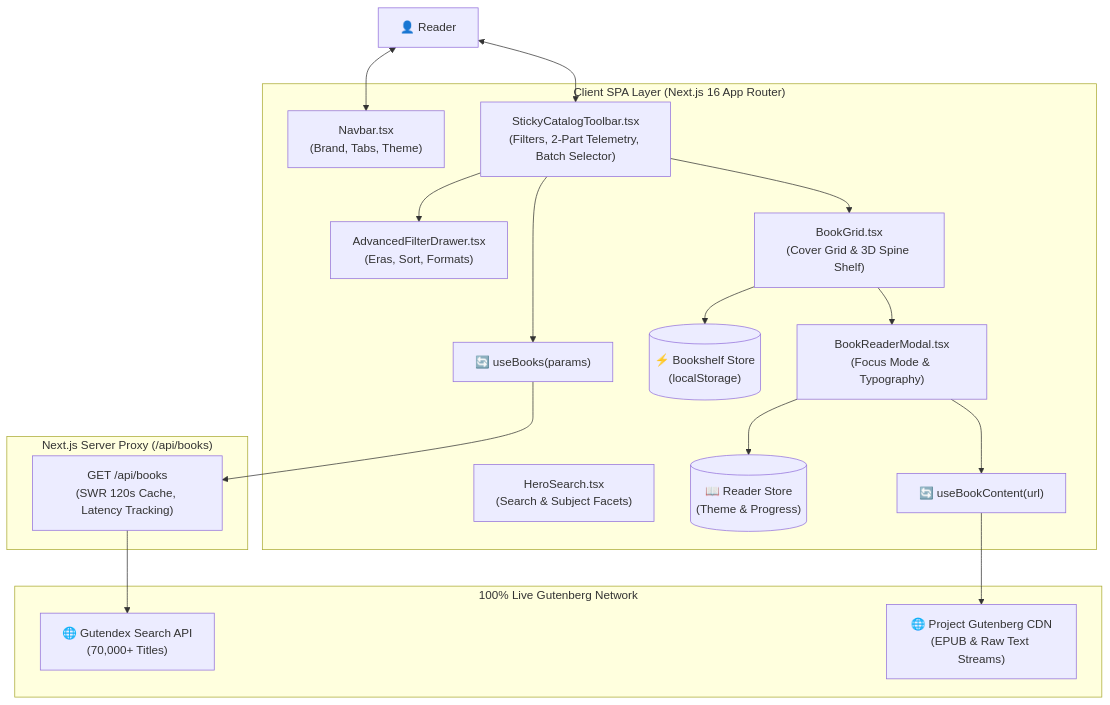
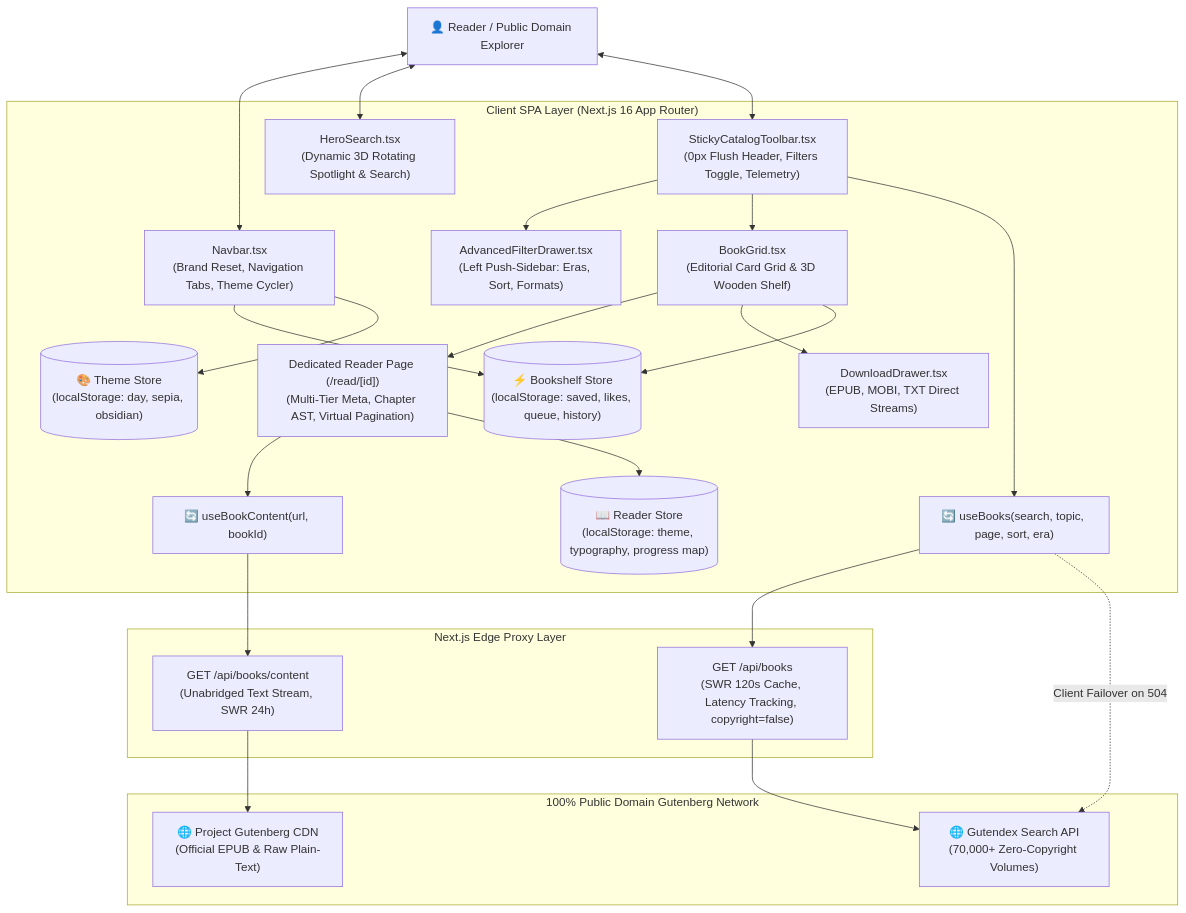
The diagram in ARCHITECTURE.md (calin-m/Bookarium), drawn with Mermaid before and after one commit. The commit also changed other lines of this file and 31 other files, not shown here.

First line of the commit message:
feat(catalog): dynamic featured spotlight, left push-sidebar, reader info switcher, and comprehensive architecture matrix

````diff
--- a/ARCHITECTURE.md
+++ b/ARCHITECTURE.md
@@ -13,55 +13,53 @@
 ```mermaid
 flowchart TD
-    User["👤 Reader"]
+    User["👤 Reader / Public Domain Explorer"]
     
-    subgraph Frontend ["Client SPA Layer (Next.js 16 App Router)"]
-        Nav["Navbar.tsx
-(Brand, Tabs, Theme)"]
-        Toolbar["StickyCatalogToolbar.tsx
-(Filters, 2-Part Telemetry, Batch Selector)"]
-        Hero["HeroSearch.tsx
-(Search & Subject Facets)"]
-        Drawer["AdvancedFilterDrawer.tsx
-(Eras, Sort, Formats)"]
-        Grid["BookGrid.tsx
-(Cover Grid & 3D Spine Shelf)"]
-        Reader["BookReaderModal.tsx
-(Focus Mode & Typography)"]
+    subgraph FrontendSPA ["Client SPA Layer (Next.js 16 App Router)"]
+        Nav["Navbar.tsx\n(Brand Reset, Navigation Tabs, Theme Cycler)"]
+        Hero["HeroSearch.tsx\n(Dynamic 3D Rotating Spotlight & Search)"]
+        Toolbar["StickyCatalogToolbar.tsx\n(0px Flush Header, Filters Toggle, Telemetry)"]
+        FilterDrawer["AdvancedFilterDrawer.tsx\n(Left Push-Sidebar: Eras, Sort, Formats)"]
+        Grid["BookGrid.tsx\n(Editorial Card Grid & 3D Wooden Shelf)"]
+        ReaderPage["Dedicated Reader Page (/read/[id])\n(Multi-Tier Meta, Chapter AST, Virtual Pagination)"]
+        Downloads["DownloadDrawer.tsx\n(EPUB, MOBI, TXT Direct Streams)"]
         
-        StoreShelf[("⚡ Bookshelf Store
-(localStorage)")]
-        StoreReader[("📖 Reader Store
-(Theme & Progress)")]
+        StoreShelf[("⚡ Bookshelf Store\n(localStorage: saved, likes, queue, history)")]
+        StoreReader[("📖 Reader Store\n(localStorage: theme, typography, progress map)")]
+        StoreTheme[("🎨 Theme Store\n(localStorage: day, sepia, obsidian)")]
         
-        QueryBooks["🔄 useBooks(params)"]
-        QueryText["🔄 useBookContent(url)"]
+        QueryBooks["🔄 useBooks(search, topic, page, sort, era)"]
+        QueryContent["🔄 useBookContent(url, bookId)"]
     end
 
-    subgraph ServerLayer ["Next.js Server Proxy (/api/books)"]
-        Proxy["GET /api/books
-(SWR 120s Cache, Latency Tracking)"]
+    subgraph ServerLayer ["Next.js Edge Proxy Layer"]
+        ProxyBooks["GET /api/books\n(SWR 120s Cache, Latency Tracking, copyright=false)"]
+        ProxyContent["GET /api/books/content\n(Unabridged Text Stream, SWR 24h)"]
     end
 
-    subgraph UpstreamServices ["100% Live Gutenberg Network"]
-        Gutendex["🌐 Gutendex Search API
-(70,000+ Titles)"]
-        GutenbergCDN["🌐 Project Gutenberg CDN
-(EPUB & Raw Text Streams)"]
+    subgraph UpstreamServices ["100% Public Domain Gutenberg Network"]
+        Gutendex["🌐 Gutendex Search API\n(70,000+ Zero-Copyright Volumes)"]
+        GutenbergCDN["🌐 Project Gutenberg CDN\n(Official EPUB & Raw Plain-Text)"]
     end
 
     User <--> Nav
+    User <--> Hero
     User <--> Toolbar
-    Toolbar --> Drawer
+    Toolbar --> FilterDrawer
     Toolbar --> Grid
-    Grid --> Reader
+    Grid --> ReaderPage
+    Grid --> Downloads
     
     Toolbar --> QueryBooks
-    QueryBooks --> Proxy
-    Proxy --> Gutendex
+    QueryBooks --> ProxyBooks
+    ProxyBooks --> Gutendex
+    QueryBooks -.->|Client Failover on 504| Gutendex
     
-    Reader --> QueryText
-    QueryText --> GutenbergCDN
+    ReaderPage --> QueryContent
+    QueryContent --> ProxyContent
+    ProxyContent --> GutenbergCDN
     
     Grid --> StoreShelf
-    Reader --> StoreReader
+    Nav --> StoreShelf
+    Nav --> StoreTheme
+    ReaderPage --> StoreReader
 ```
````
